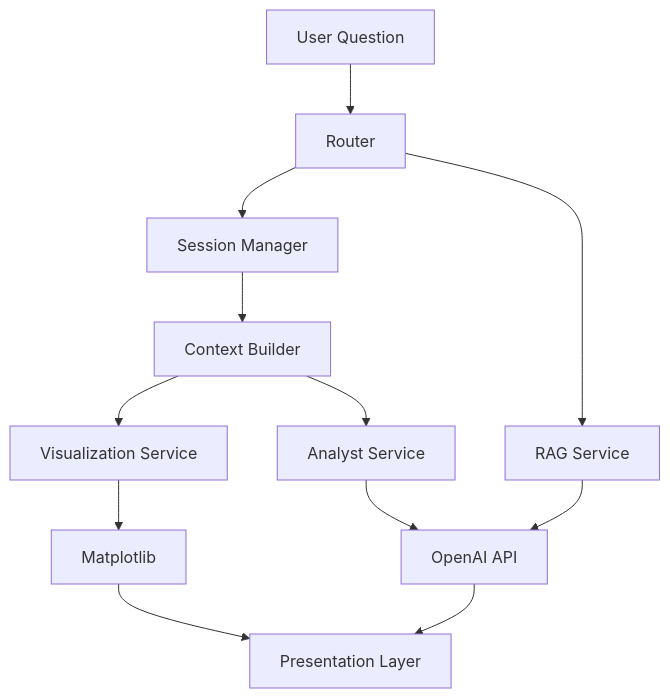
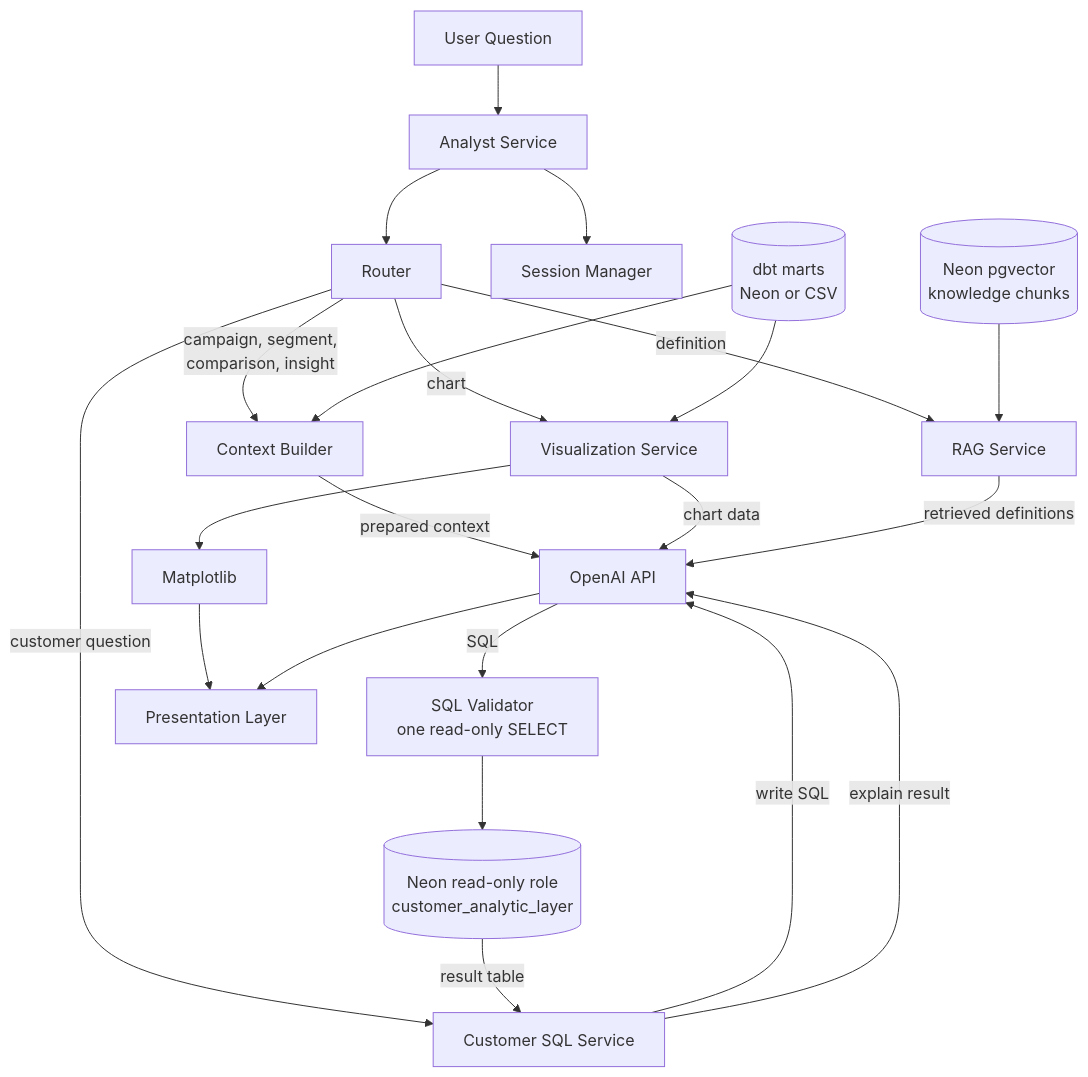
Before and after one commit to drekicks/marketing_analytics: the second of 2 diagrams in README.md, drawn with Mermaid. The commit also changed other lines of this file, not shown here.

Commit message:
Update README workflow diagram for the customer SQL path
The Project Workflow diagram predated guarded text-to-SQL and had the
orchestration order reversed. Show the Analyst Service routing each
question once, the four paths (prepared context, charts, definitions,
customer SQL), the data each reads (dbt marts, pgvector, the read-only
role), and that chart data is also sent to the model. Add a short
explanation under the diagram.

Claude-Session: https://claude.ai/code/session_01BfRZXM1RTDzQnZuXqS57kM

````diff
--- a/README.md
+++ b/README.md
@@ -92,33 +92,49 @@
 ```mermaid
 flowchart TD
 
     A[User Question]
-
+    S[Analyst Service]
     B[Router]
     C[Session Manager]
+
     D[Context Builder]
+    E[Visualization Service]
+    K[Customer SQL Service]
+    V[SQL Validator<br/>one read-only SELECT]
+    J[RAG Service]
 
-    E[Visualization Service]
-    F[Analyst Service]
+    M[(dbt marts<br/>Neon or CSV)]
+    N[(Neon read-only role<br/>customer_analytic_layer)]
+    P[(Neon pgvector<br/>knowledge chunks)]
 
     G[Matplotlib]
     H[OpenAI API]
+    I[Presentation Layer]
 
-    I[Presentation Layer]
-    J[RAG Service]
+    A --> S
+    S --> B
+    S --> C
 
-    A --> B
-    B --> C
-    C --> D
-    B --> J
+    B -->|campaign, segment,<br/>comparison, insight| D
+    B -->|chart| E
+    B -->|customer question| K
+    B -->|definition| J
 
-    D --> E
-    D --> F
+    M --> D
+    M --> E
+    D -->|prepared context| H
+    E --> G
+    E -->|chart data| H
 
-    E --> G
-    F --> H
+    K -->|write SQL| H
+    H -->|SQL| V
+    V --> N
+    N -->|result table| K
+    K -->|explain result| H
+
+    P --> J
+    J -->|retrieved definitions| H
 
     G --> I
     H --> I
-    J --> H
 ```
````
